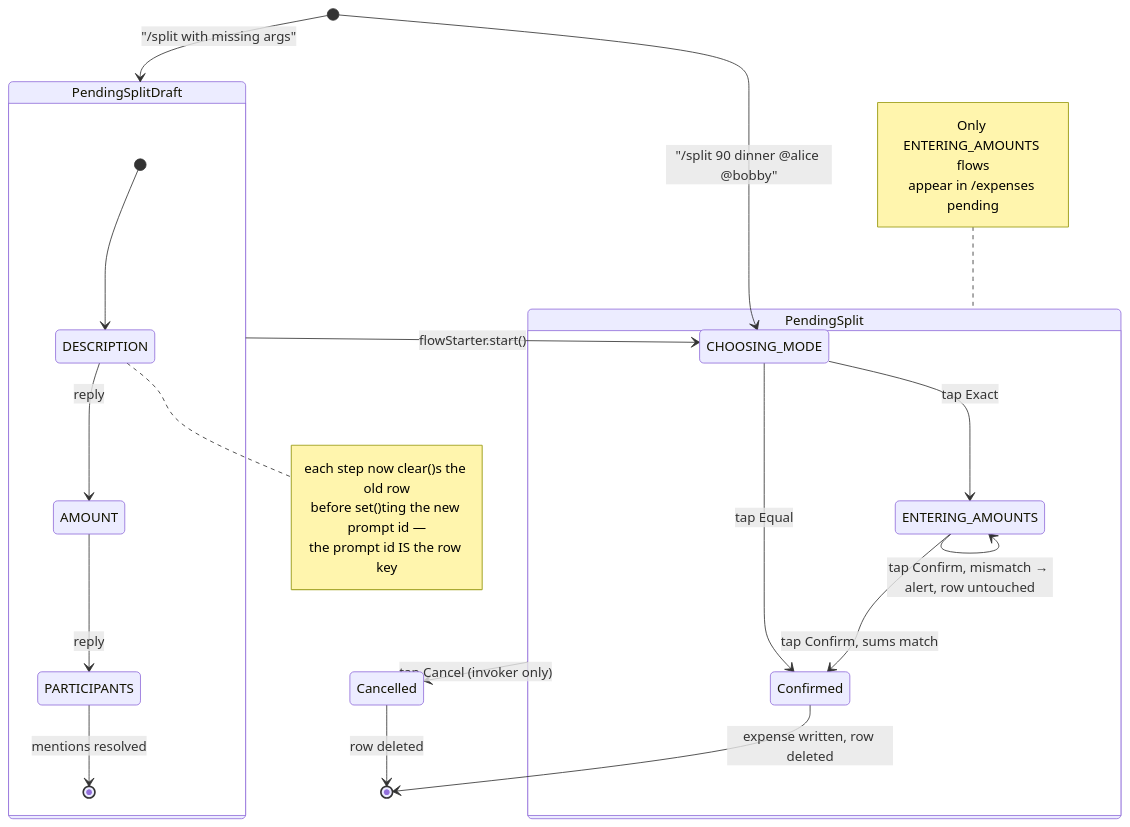
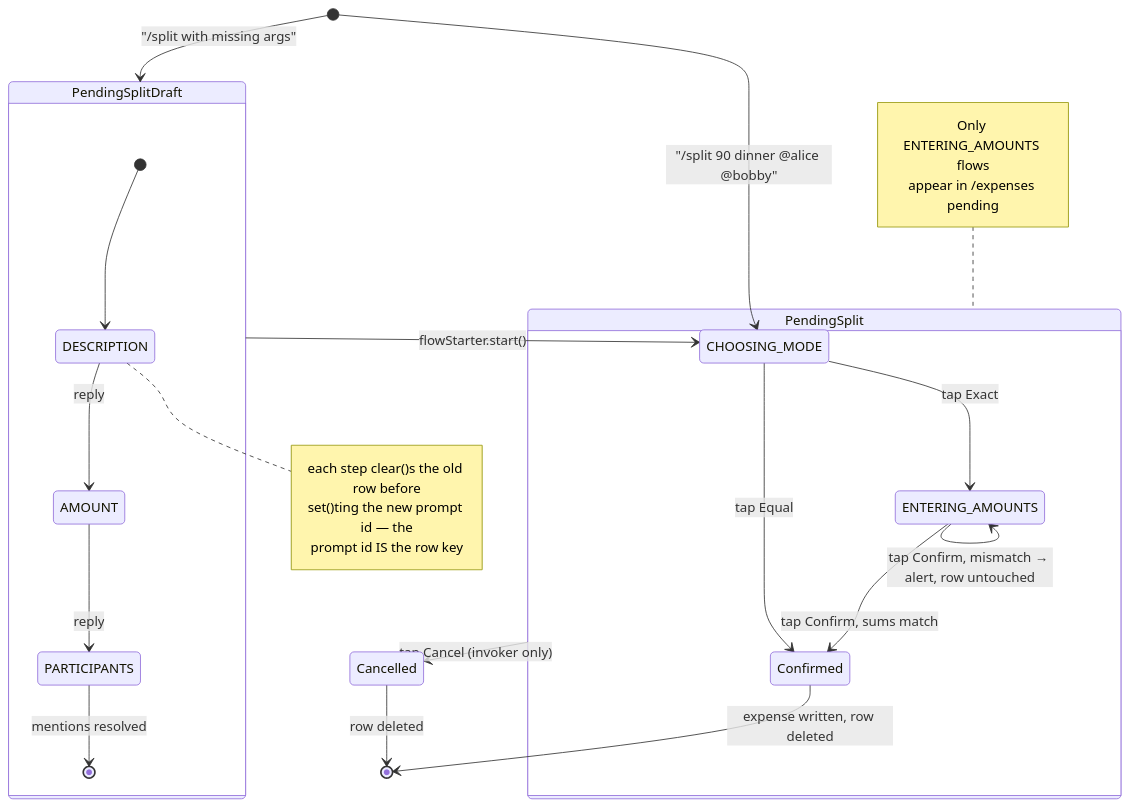
The fourth of 7 diagrams in docs/split-flow.md (molokoka/split-bot), drawn with Mermaid before and after one commit. The commit also changed other lines of this file, not shown here.

First line of the commit message:
Make split-flow.md a walkthrough of the flow, not of the change

````diff
--- a/docs/split-flow.md
+++ b/docs/split-flow.md
@@ -134,36 +131,36 @@
 ```mermaid
 stateDiagram-v2
     [*] --> PendingSplitDraft: "/split with missing args"
     [*] --> CHOOSING_MODE: "/split 90 dinner @alice @bobby"
 
     state PendingSplitDraft {
         [*] --> DESCRIPTION
         DESCRIPTION --> AMOUNT: reply
         AMOUNT --> PARTICIPANTS: reply
         PARTICIPANTS --> [*]: mentions resolved
         note right of DESCRIPTION
-            each step now clear()s the old row
-            before set()ting the new prompt id —
-            the prompt id IS the row key
+            each step clear()s the old row before
+            set()ting the new prompt id — the
+            prompt id IS the row key
         end note
     }
 
     PendingSplitDraft --> CHOOSING_MODE: flowStarter.start()
 
     state "PendingSplit" as PS {
         CHOOSING_MODE --> ENTERING_AMOUNTS: tap Exact
         CHOOSING_MODE --> Confirmed: tap Equal
         ENTERING_AMOUNTS --> ENTERING_AMOUNTS: reply with amount / pick a row / pending:enter
         ENTERING_AMOUNTS --> Confirmed: tap Confirm, sums match
         ENTERING_AMOUNTS --> ENTERING_AMOUNTS: tap Confirm, mismatch → alert, row untouched
     }
 
     Confirmed --> [*]: expense written, row deleted
     PS --> Cancelled: tap Cancel (invoker only)
     Cancelled --> [*]: row deleted
 
     note left of PS
         Only ENTERING_AMOUNTS flows
         appear in /expenses pending
     end note
 ```
````
